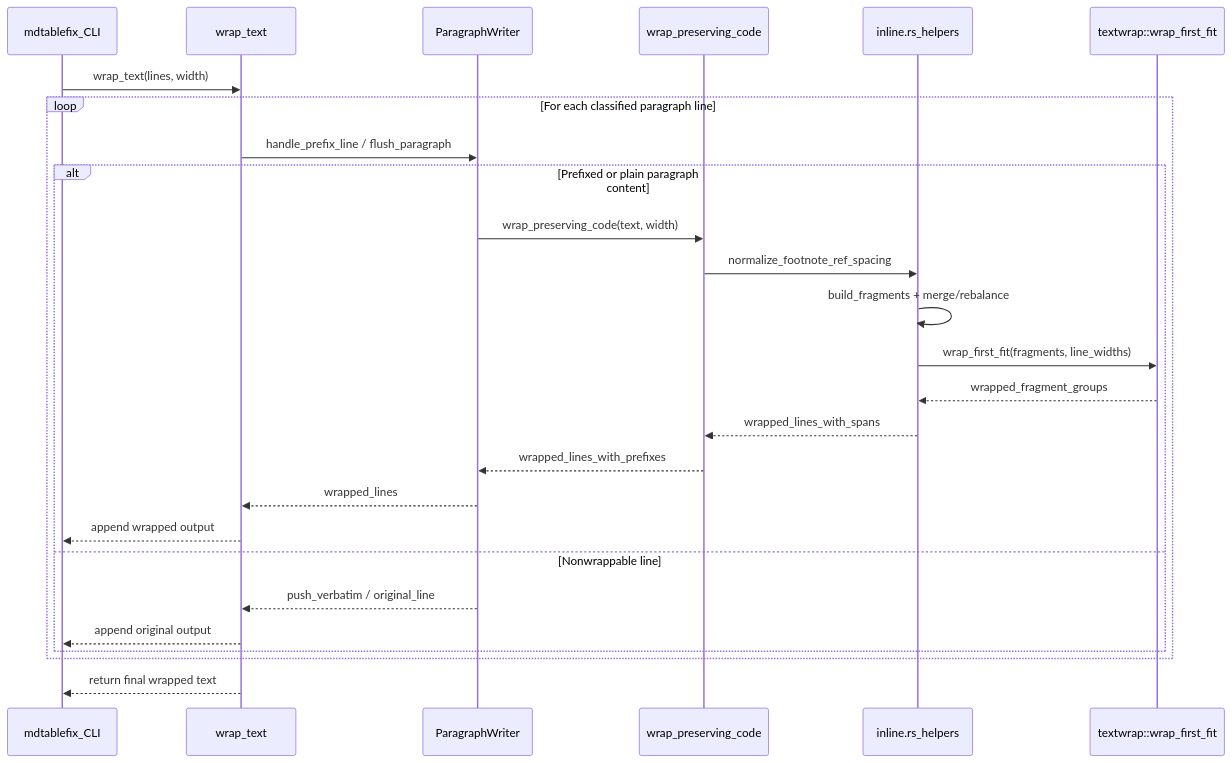
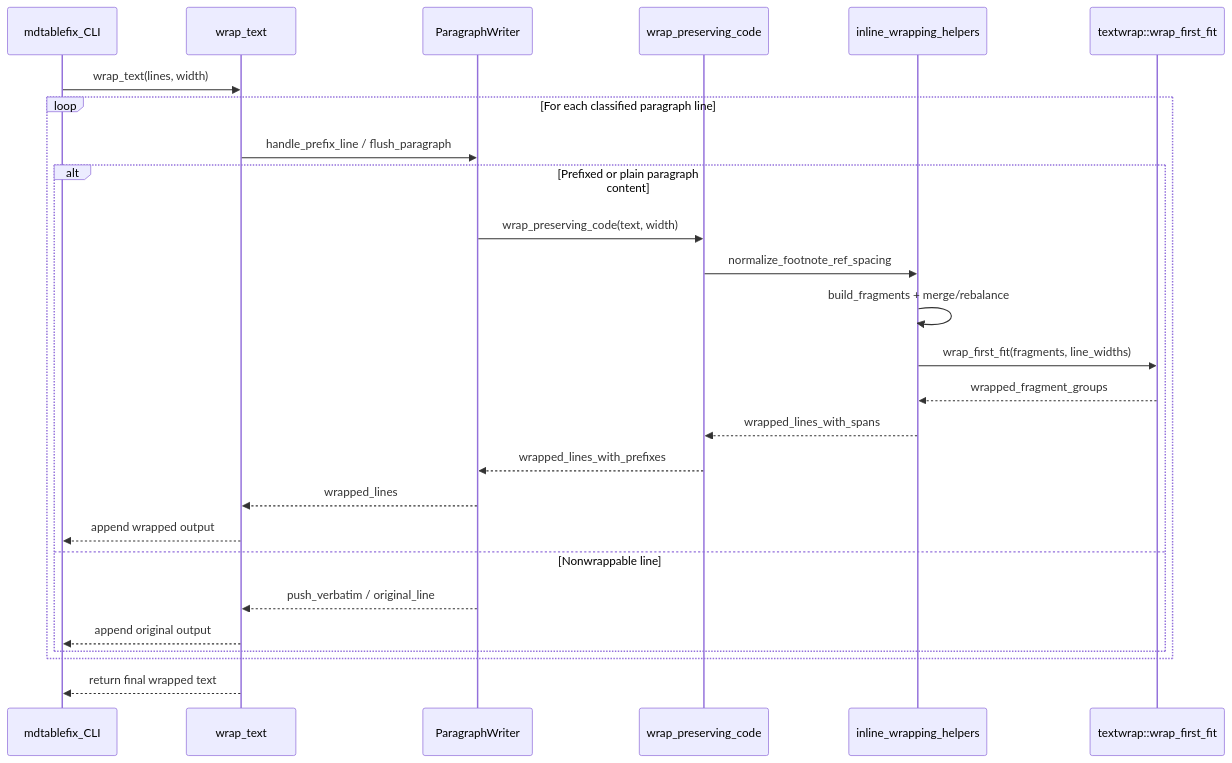
Before and after one commit to leynos/mdtablefix: the fifth of 9 diagrams in docs/architecture.md, drawn with Mermaid. The commit also changed other lines of this file and 1 other file, not shown here.

````diff
--- a/docs/architecture.md
+++ b/docs/architecture.md
@@ -673,29 +673,29 @@
 ```mermaid
 sequenceDiagram
     participant CLI as mdtablefix_CLI
     participant WT as wrap_text
     participant PW as ParagraphWriter
     participant WP as wrap_preserving_code
-    participant IH as inline.rs_helpers
+    participant IH as inline_wrapping_helpers
     participant TW as textwrap::wrap_first_fit
 
     CLI->>WT: wrap_text(lines, width)
     loop For each classified paragraph line
         WT->>PW: handle_prefix_line / flush_paragraph
         alt Prefixed or plain paragraph content
             PW->>WP: wrap_preserving_code(text, width)
             WP->>IH: normalize_footnote_ref_spacing
             IH->>IH: build_fragments + merge/rebalance
             IH->>TW: wrap_first_fit(fragments, line_widths)
             TW-->>IH: wrapped_fragment_groups
             IH-->>WP: wrapped_lines_with_spans
             WP-->>PW: wrapped_lines_with_prefixes
             PW-->>WT: wrapped_lines
             WT-->>CLI: append wrapped output
         else Nonwrappable line
             PW-->>WT: push_verbatim / original_line
             WT-->>CLI: append original output
         end
     end
     WT-->>CLI: return final wrapped text
 ```
````
